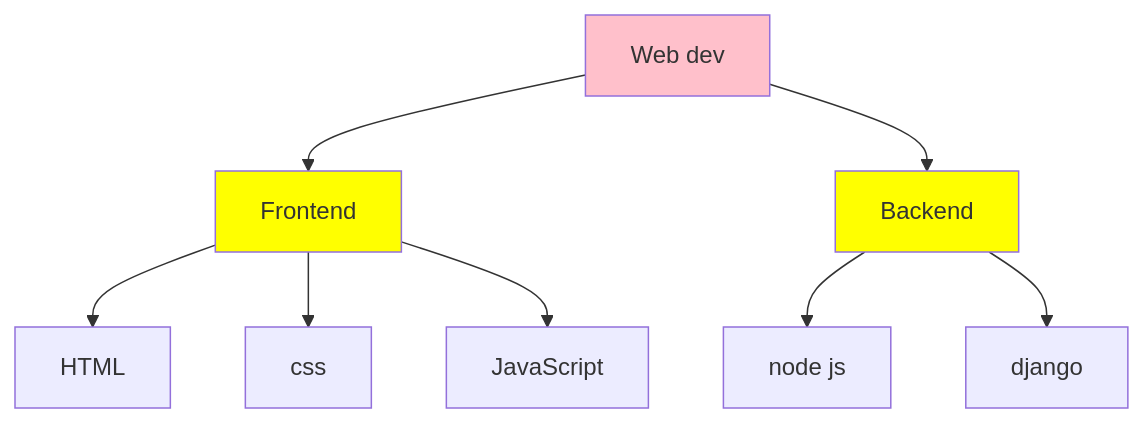
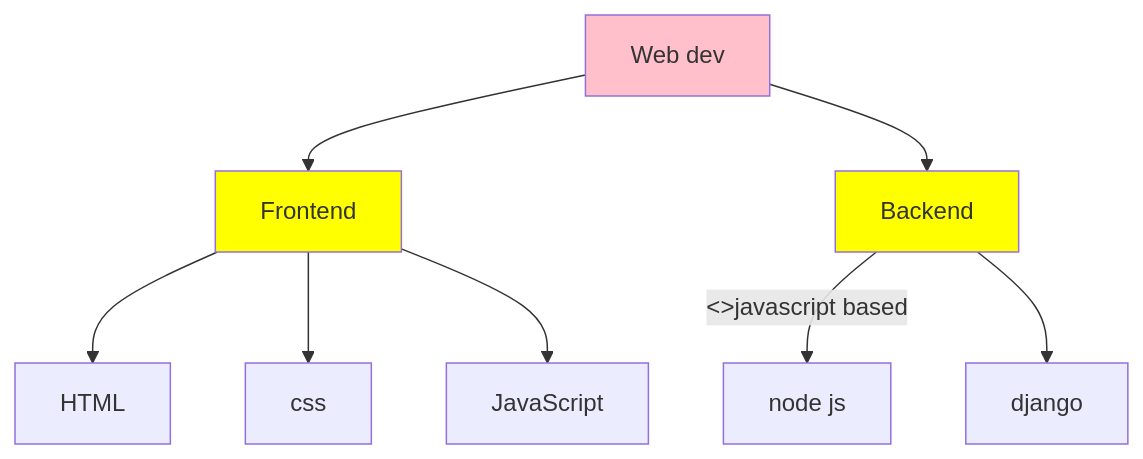
The second of 2 diagrams in README.md (soumalya-mondal99/Roadmaps-basics), drawn with Mermaid before and after one commit.

````diff
--- a/README.md
+++ b/README.md
@@ -15,13 +15,13 @@
 ```mermaid
 flowchart TD;
   W1[Web dev]-->W2[Frontend];
   W1[Web dev]-->W3[Backend];
   W2-->HTML;
   W2-->css;
   W2-->JavaScript;
-  W3-->W4[node js];
+  W3--<>javascript based-->W4[node js];
   W3-->W5[django];
   style W1 fill:pink;
   style W2 fill:yellow; style W3 fill:yellow;
   
 ```
````
